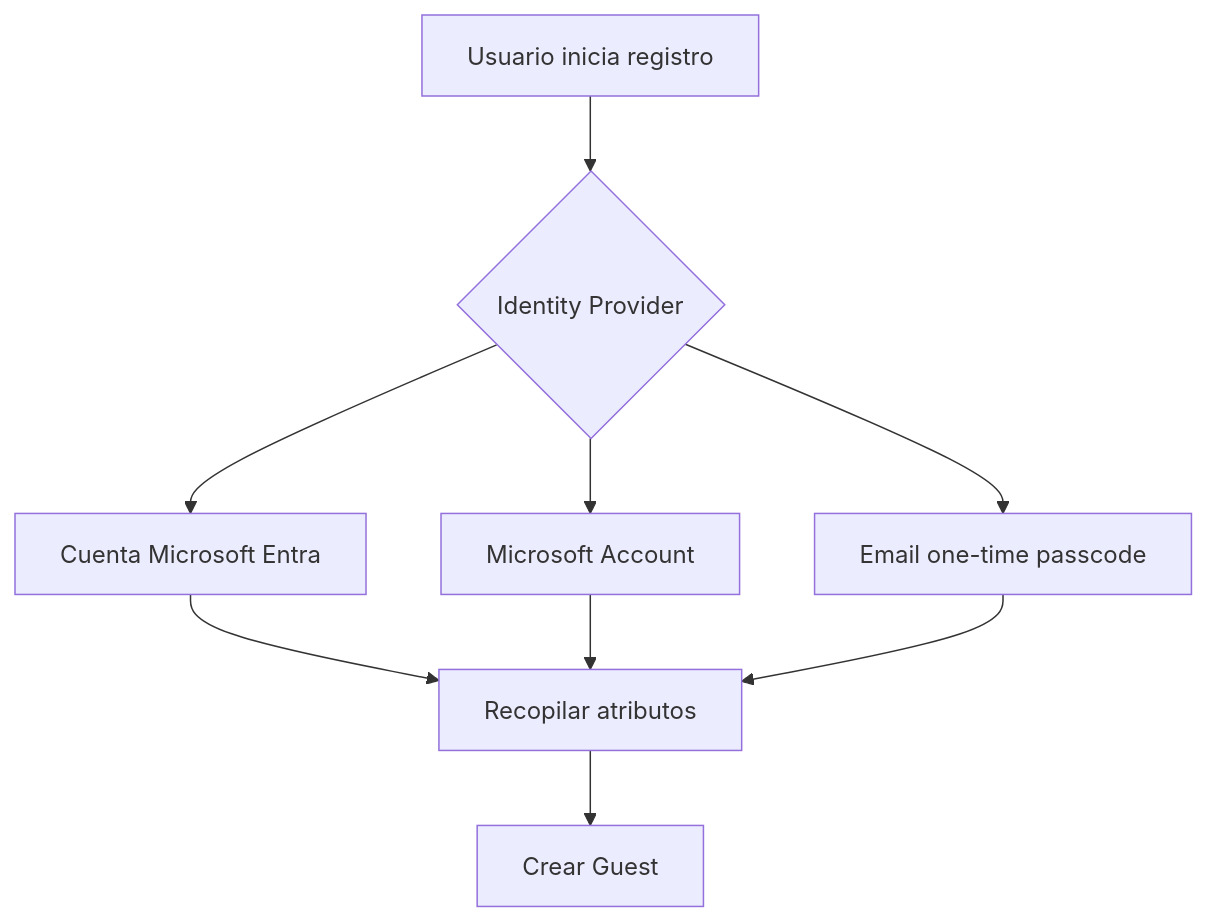
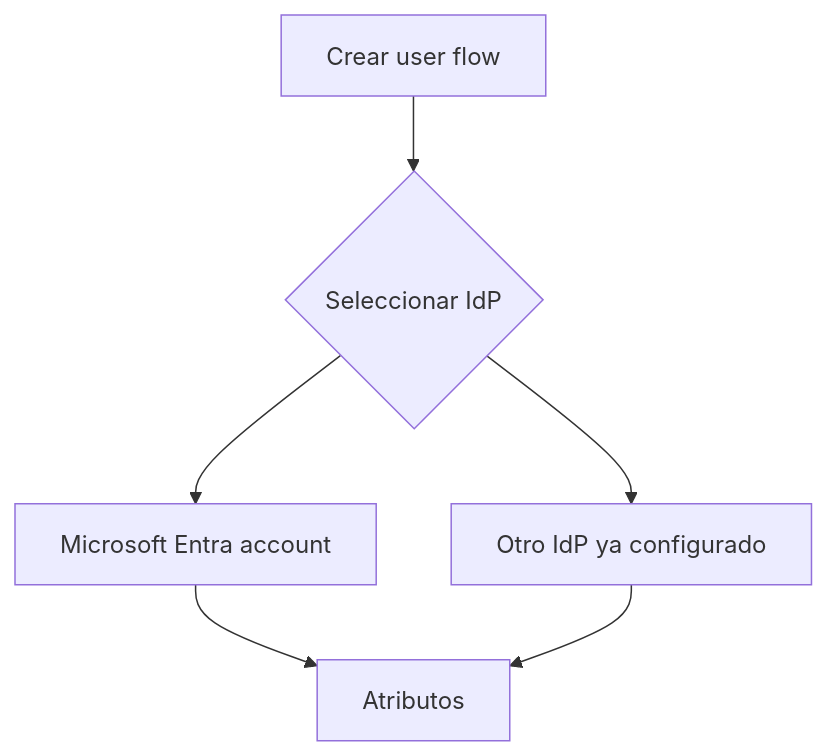
One commit to cmartinezs/DSY1107-DESARROLLO-CLOUD-NATIVE-I-2026-2 changed the first of 3 diagrams in docs/identity/entra-guia-completa/04c-self-service-crear-user-flow.md. Above: the diagram before and after it, drawn with Mermaid. The commit also changed other lines of this file, not shown here.

Commit message:
docs(identity): expand self-service user flow creation

````diff
--- a/docs/identity/entra-guia-completa/04c-self-service-crear-user-flow.md
+++ b/docs/identity/entra-guia-completa/04c-self-service-crear-user-flow.md
@@ -32,11 +80,8 @@
 ```mermaid
 flowchart TD
-    START[Usuario inicia registro] --> IDP{Identity Provider}
-    IDP --> ENTRA[Cuenta Microsoft Entra]
-    IDP --> MSA[Microsoft Account]
-    IDP --> OTP[Email one-time passcode]
-    ENTRA --> ATTR[Recopilar atributos]
-    MSA --> ATTR
-    OTP --> ATTR
-    ATTR --> CREATE[Crear Guest]
+    UF[Crear user flow] --> IDP{Seleccionar IdP}
+    IDP --> BASE[Microsoft Entra account]
+    IDP --> OPTIONAL[Otro IdP ya configurado]
+    BASE --> ATTR[Atributos]
+    OPTIONAL --> ATTR
 ```
````
